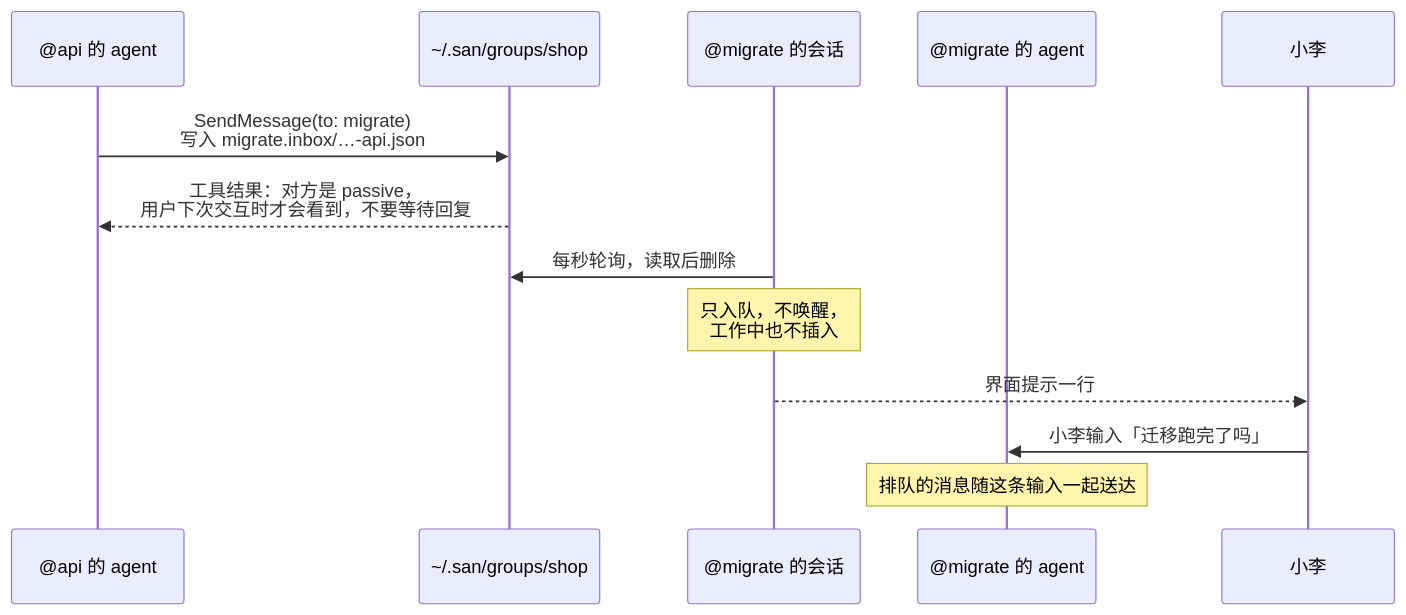
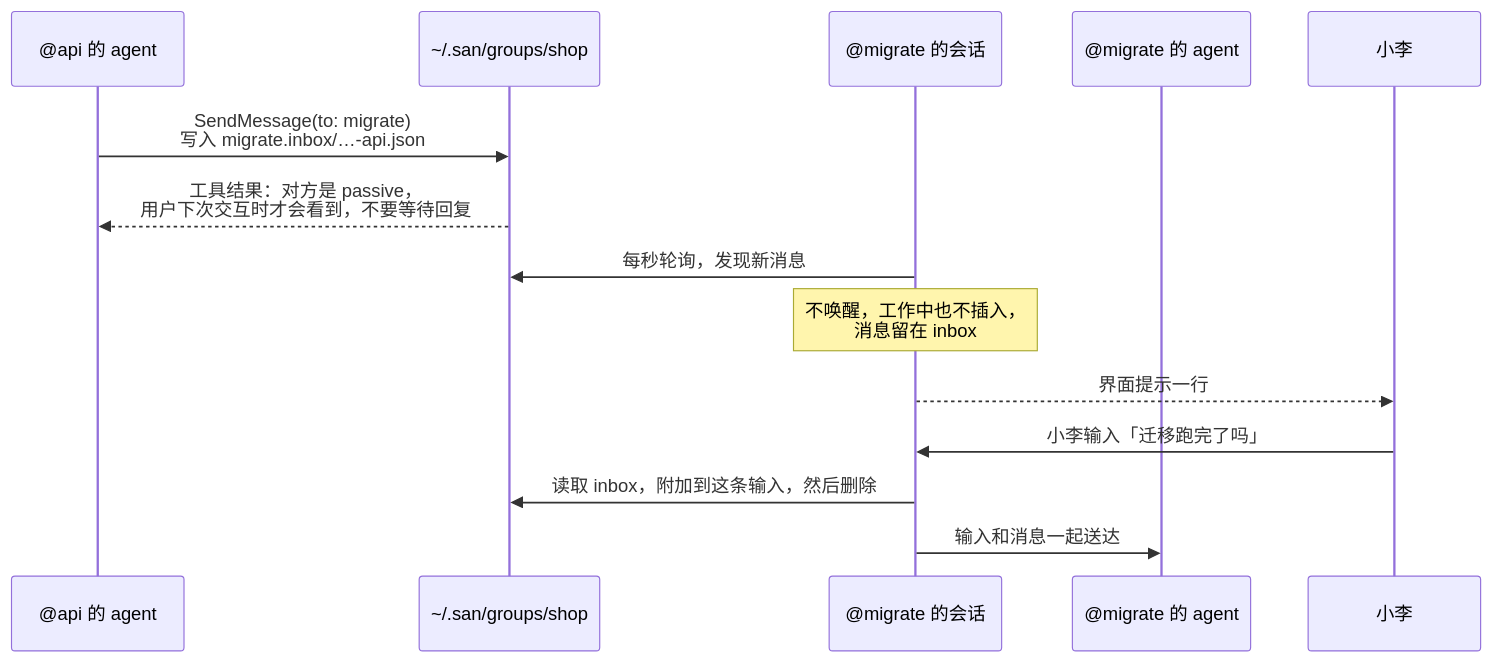
Before and after one commit to genai-io/san: the second of 5 diagrams in docs/design/proposals/0003-session-groups.zh.md, drawn with Mermaid. The commit also changed other lines of this file and 1 other file, not shown here.

````diff
--- a/docs/design/proposals/0003-session-groups.zh.md
+++ b/docs/design/proposals/0003-session-groups.zh.md
@@ -141,15 +144,16 @@
 ```mermaid
 sequenceDiagram
     participant A as @api 的 agent
     participant FS as ~/.san/groups/shop
     participant M as @migrate 的会话
     participant MA as @migrate 的 agent
     participant L as 小李
     A->>FS: SendMessage(to: migrate)<br/>写入 migrate.inbox/…-api.json
     FS-->>A: 工具结果：对方是 passive，<br/>用户下次交互时才会看到，不要等待回复
-    M->>FS: 每秒轮询，读取后删除
-    Note over M: 只入队，不唤醒，<br/>工作中也不插入
+    M->>FS: 每秒轮询，发现新消息
+    Note over M: 不唤醒，工作中也不插入，<br/>消息留在 inbox
     M-->>L: 界面提示一行
-    L->>MA: 小李输入「迁移跑完了吗」
-    Note over MA: 排队的消息随这条输入一起送达
+    L->>M: 小李输入「迁移跑完了吗」
+    M->>FS: 读取 inbox，附加到这条输入，然后删除
+    M->>MA: 输入和消息一起送达
 ```
````
